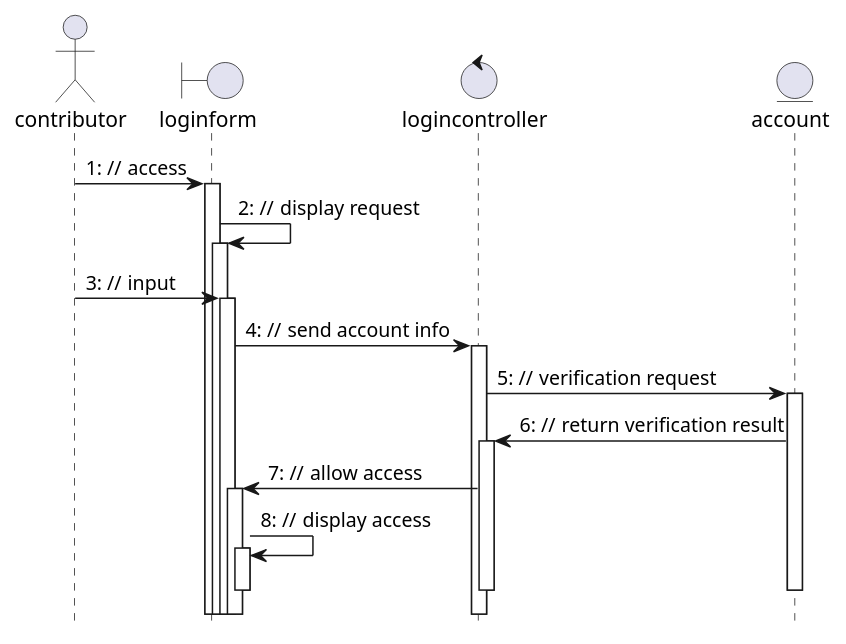
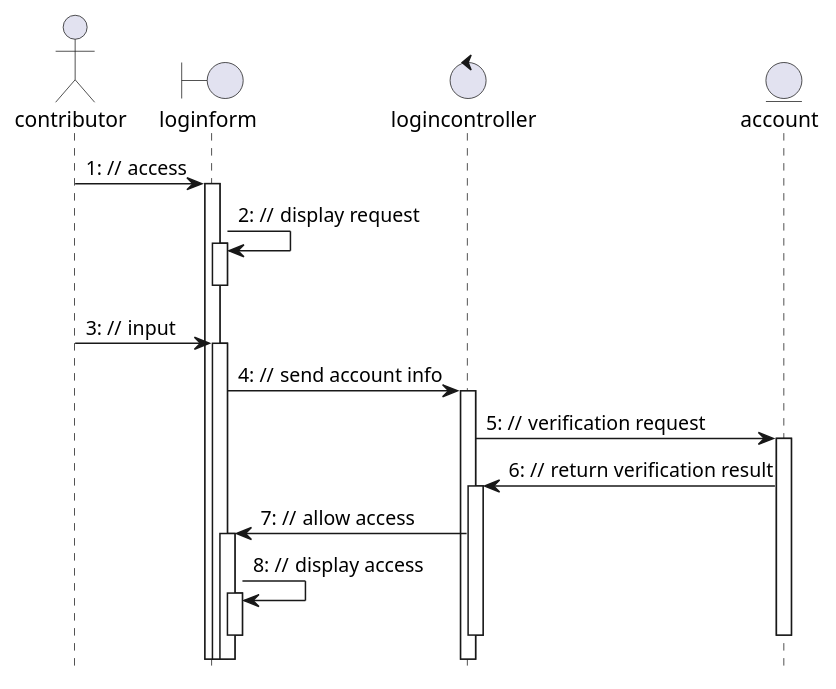
Before and after one commit to McSinyx/ipppi: the third of 9 diagrams in source/solution/use-case-analysis.rst, drawn with PlantUML.

```diff
--- a/source/solution/use-case-analysis.rst
+++ b/source/solution/use-case-analysis.rst
@@ -73,23 +73,24 @@
 .. uml::
 
    autonumber "#: //"
    autoactivate on
    hide footbox
 
    actor contributor
    boundary loginform
    control logincontroller
    entity account
 	
    contributor -> loginform: access
    loginform -> loginform : display request
+   deactivate loginform
    contributor -> loginform : input
    loginform -> logincontroller : send account info
    logincontroller -> account :  verification request
    account->logincontroller: return verification result
    logincontroller -> loginform : allow access
    loginform -> loginform : display access
    deactivate account
    deactivate logincontroller
    deactivate loginform
    deactivate contributor
```
